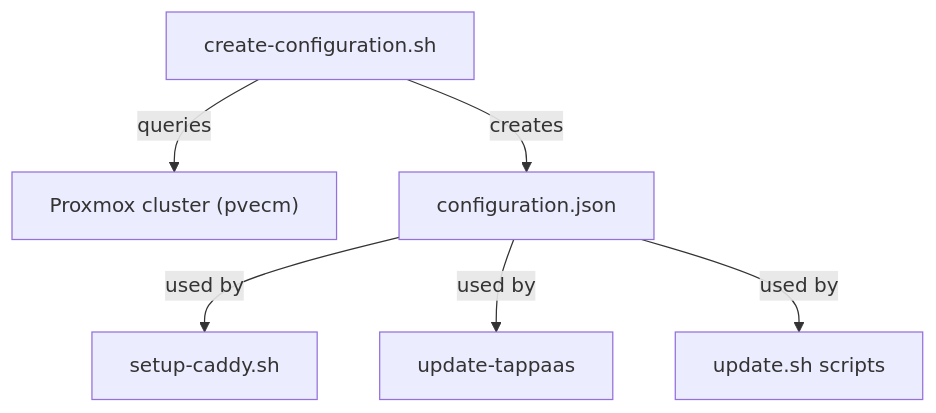
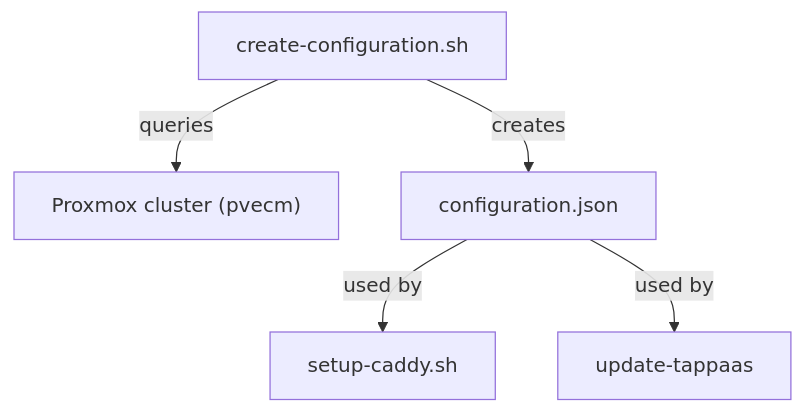
The seventh of 8 diagrams in src/foundation/DEPENDENCIES.md (TAPPaaS/TAPPaaS), drawn with Mermaid before and after one commit. The commit also changed other lines of this file and 17 other files, not shown here.

````diff
--- a/src/foundation/DEPENDENCIES.md
+++ b/src/foundation/DEPENDENCIES.md
@@ -216,9 +194,8 @@
 ```mermaid
 graph TD
     A[create-configuration.sh] -->|queries| B["Proxmox cluster (pvecm)"]
     A -->|creates| C[configuration.json]
 
     C -->|used by| D[setup-caddy.sh]
     C -->|used by| E[update-tappaas]
-    C -->|used by| F[update.sh scripts]
 ```
````
